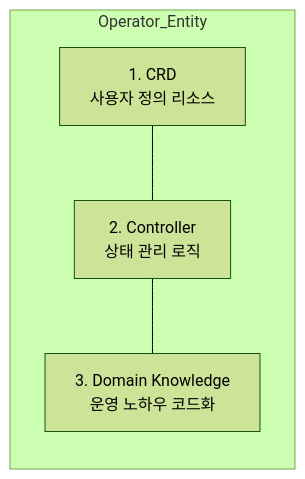
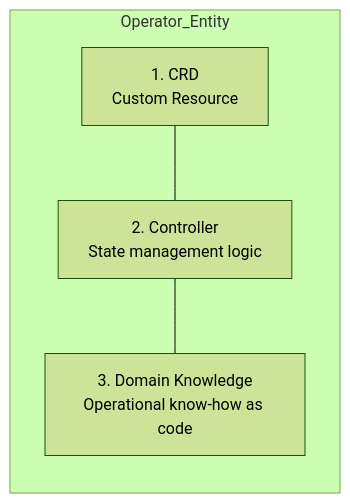
Before and after one commit to jeonck/k8s-adv: the diagram in content/operator/43-operator-development.md, drawn with Mermaid (forest theme). The commit also changed other lines of this file and 223 other files, not shown here.

````diff
--- a/content/operator/43-operator-development.md
+++ b/content/operator/43-operator-development.md
@@ -30,11 +30,11 @@
 ```mermaid
 graph LR
-    CRD[1. CRD<br/>사용자 정의 리소스] --- CTL[2. Controller<br/>상태 관리 로직]
-    CTL --- Domain[3. Domain Knowledge<br/>운영 노하우 코드화]
+    CRD[1. CRD<br/>Custom Resource] --- CTL[2. Controller<br/>State management logic]
+    CTL --- Domain[3. Domain Knowledge<br/>Operational know-how as code]
     
     subgraph Operator_Entity
     CRD
     CTL
     Domain
     end
 ```
````
